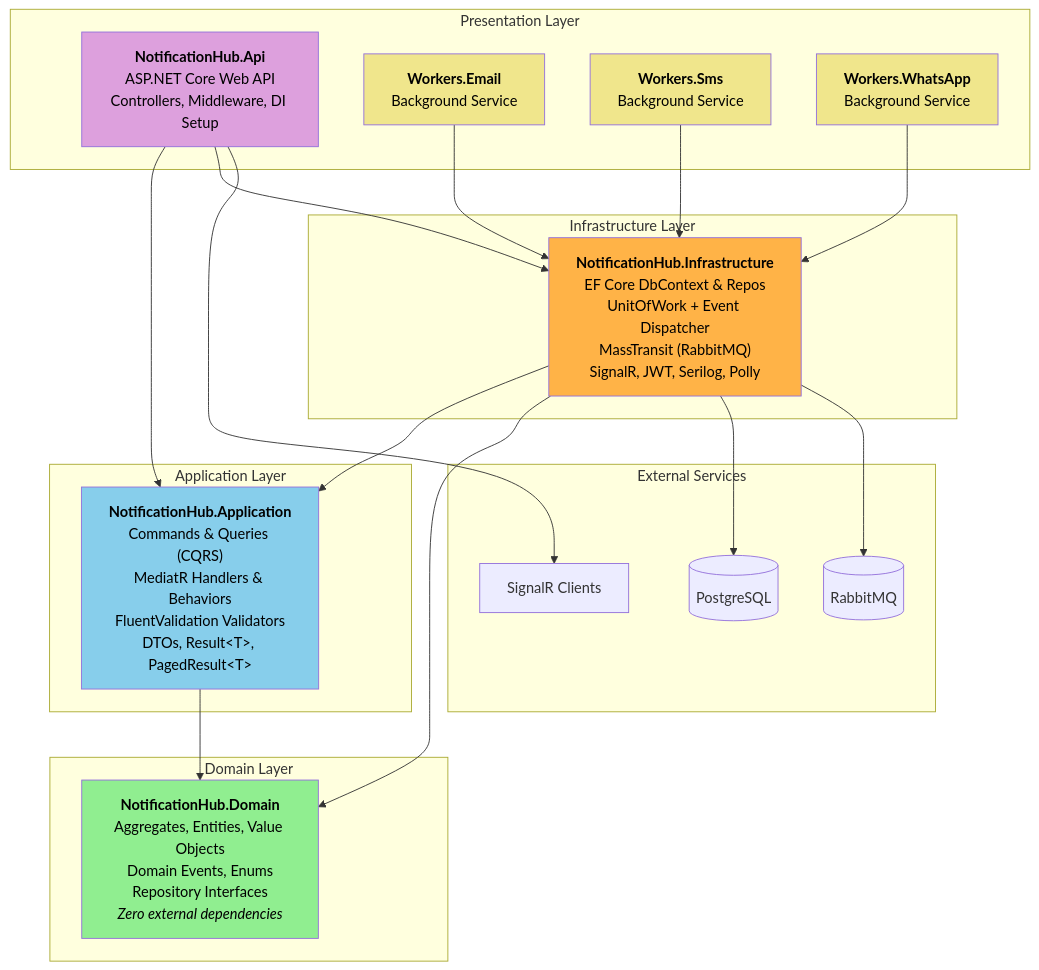
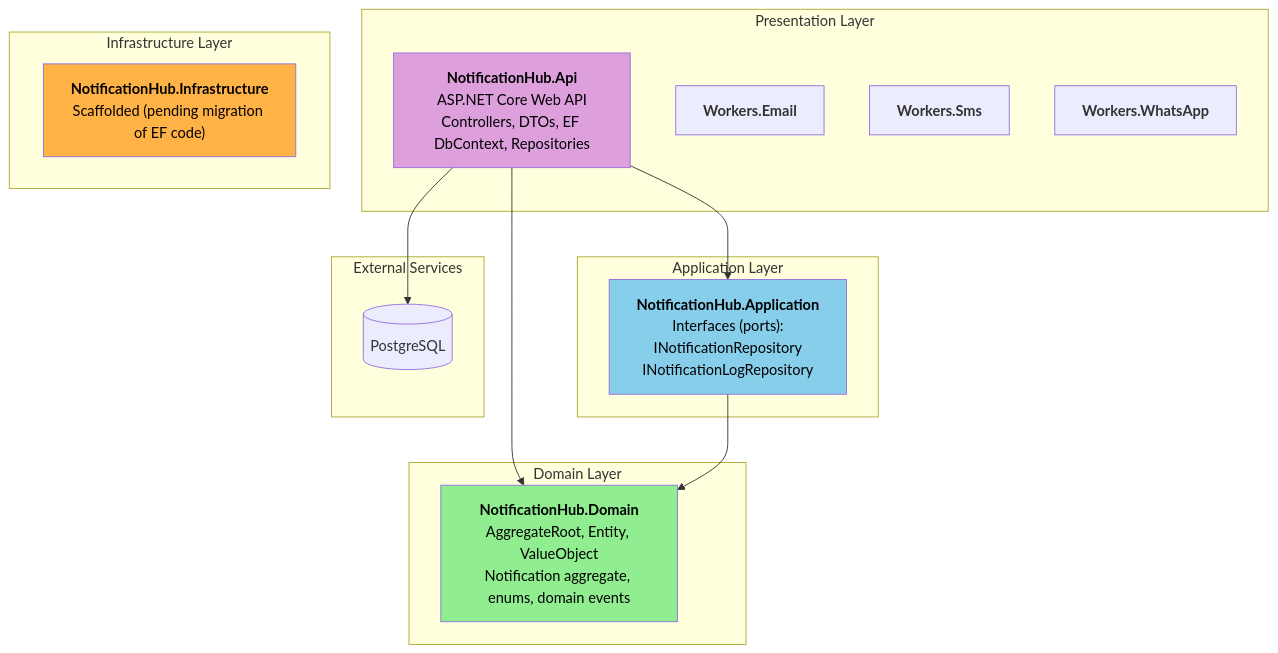
The first of 4 diagrams in docs/architecture.md (hectorrosario22/realtime-notification-hub), drawn with Mermaid before and after one commit. The commit also changed other lines of this file and 47 other files, not shown here.

First line of the commit message:
feat: implement clean architecture foundation and domain notification aggregate (#10)

````diff
--- a/docs/architecture.md
+++ b/docs/architecture.md
@@ -12,47 +17,35 @@
 ```mermaid
 flowchart TB
     subgraph Presentation["Presentation Layer"]
-        API["<b>NotificationHub.Api</b><br/>ASP.NET Core Web API<br/>Controllers, Middleware, DI Setup"]
-        WE["<b>Workers.Email</b><br/>Background Service"]
-        WS["<b>Workers.Sms</b><br/>Background Service"]
-        WW["<b>Workers.WhatsApp</b><br/>Background Service"]
+        API["<b>NotificationHub.Api</b><br/>ASP.NET Core Web API<br/>Controllers, DTOs, EF DbContext, Repositories"]
+        WE["<b>Workers.Email</b>"]
+        WS["<b>Workers.Sms</b>"]
+        WW["<b>Workers.WhatsApp</b>"]
     end
 
     subgraph Application["Application Layer"]
-        APP["<b>NotificationHub.Application</b><br/>Commands & Queries (CQRS)<br/>MediatR Handlers & Behaviors<br/>FluentValidation Validators<br/>DTOs, Result&lt;T&gt;, PagedResult&lt;T&gt;"]
+        APP["<b>NotificationHub.Application</b><br/>Interfaces (ports):<br/>INotificationRepository<br/>INotificationLogRepository"]
     end
 
     subgraph Domain["Domain Layer"]
-        DOM["<b>NotificationHub.Domain</b><br/>Aggregates, Entities, Value Objects<br/>Domain Events, Enums<br/>Repository Interfaces<br/><i>Zero external dependencies</i>"]
+        DOM["<b>NotificationHub.Domain</b><br/>AggregateRoot, Entity, ValueObject<br/>Notification aggregate, enums, domain events"]
     end
 
     subgraph Infrastructure["Infrastructure Layer"]
-        INFRA["<b>NotificationHub.Infrastructure</b><br/>EF Core DbContext & Repos<br/>UnitOfWork + Event Dispatcher<br/>MassTransit (RabbitMQ)<br/>SignalR, JWT, Serilog, Polly"]
+        INFRA["<b>NotificationHub.Infrastructure</b><br/>Scaffolded (pending migration of EF code)"]
     end
 
     subgraph External["External Services"]
         PG[("PostgreSQL")]
-        RMQ[("RabbitMQ")]
-        SR["SignalR Clients"]
     end
 
     API --> APP
-    API --> INFRA
-    WE --> INFRA
-    WS --> INFRA
-    WW --> INFRA
+    API --> DOM
     APP --> DOM
-    INFRA --> APP
-    INFRA --> DOM
-    INFRA --> PG
-    INFRA --> RMQ
-    API --> SR
+    API --> PG
 
     style DOM fill:#90EE90,color:#000
     style APP fill:#87CEEB,color:#000
+    style API fill:#DDA0DD,color:#000
     style INFRA fill:#FFB347,color:#000
-    style API fill:#DDA0DD,color:#000
-    style WE fill:#F0E68C,color:#000
-    style WS fill:#F0E68C,color:#000
-    style WW fill:#F0E68C,color:#000
 ```
````
